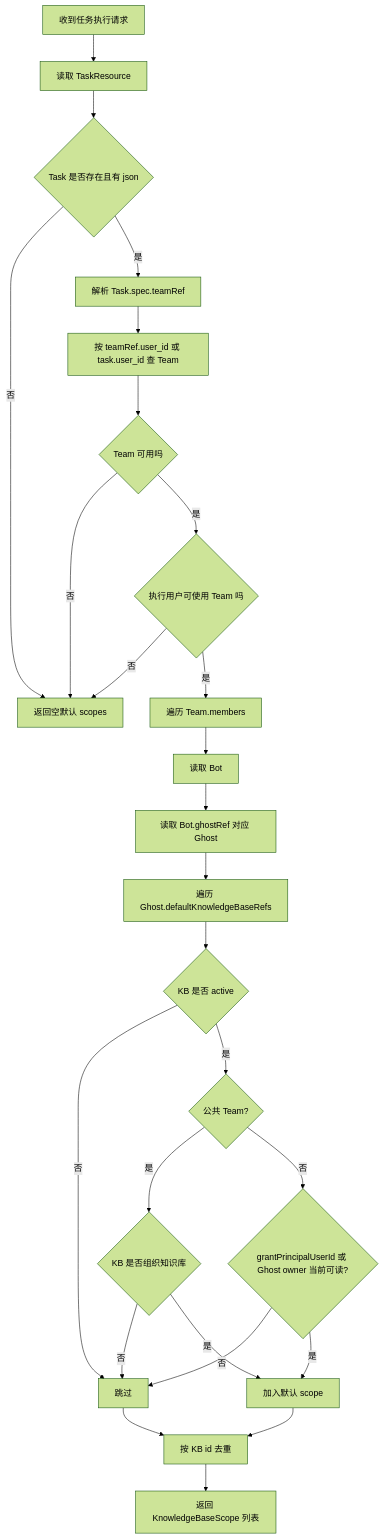
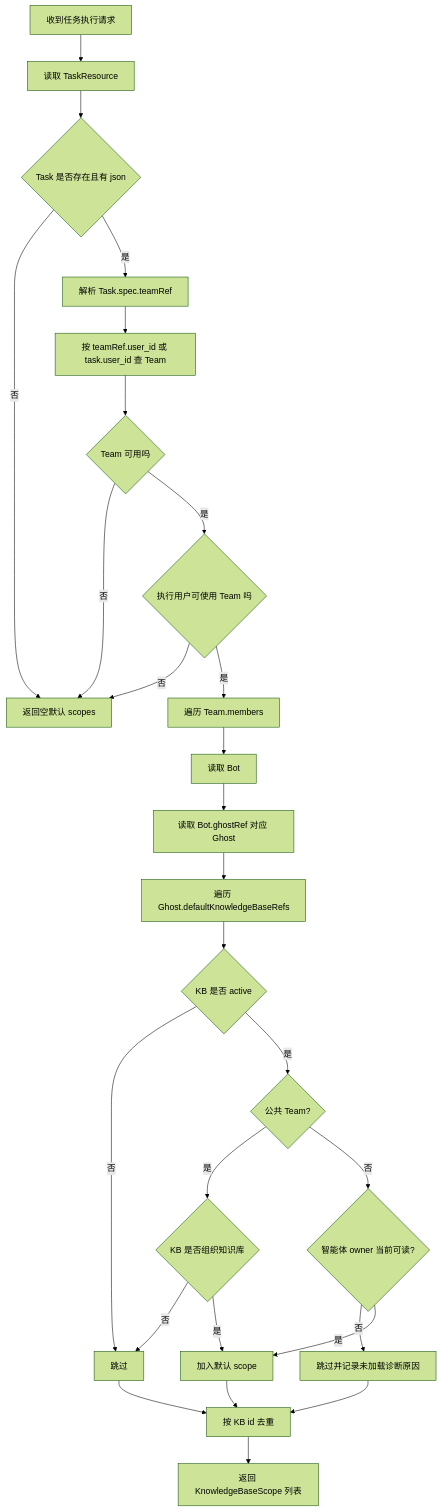
The first of 3 diagrams in docs/discussions/260625_1215_智能体默认知识库任务作用域权限实现设计.md (wecode-ai/Wegent), drawn with Mermaid (forest theme) before and after one commit. The commit also changed other lines of this file and 22 other files, not shown here.

````diff
--- a/docs/discussions/260625_1215_智能体默认知识库任务作用域权限实现设计.md
+++ b/docs/discussions/260625_1215_智能体默认知识库任务作用域权限实现设计.md
@@ -127,28 +145,29 @@
 ```mermaid
 flowchart TD
     A[收到任务执行请求] --> B[读取 TaskResource]
     B --> C{Task 是否存在且有 json}
     C -- 否 --> Z[返回空默认 scopes]
     C -- 是 --> D[解析 Task.spec.teamRef]
     D --> E[按 teamRef.user_id 或 task.user_id 查 Team]
     E --> F{Team 可用吗}
     F -- 否 --> Z
     F -- 是 --> G{执行用户可使用 Team 吗}
     G -- 否 --> Z
     G -- 是 --> H[遍历 Team.members]
     H --> I[读取 Bot]
     I --> J[读取 Bot.ghostRef 对应 Ghost]
     J --> K[遍历 Ghost.defaultKnowledgeBaseRefs]
     K --> L{KB 是否 active}
     L -- 否 --> N[跳过]
     L -- 是 --> M{公共 Team?}
     M -- 是 --> P{KB 是否组织知识库}
     P -- 否 --> N
     P -- 是 --> R[加入默认 scope]
-    M -- 否 --> Q{grantPrincipalUserId 或 Ghost owner 当前可读?}
-    Q -- 否 --> N
+    M -- 否 --> Q{智能体 owner 当前可读?}
+    Q -- 否 --> W[跳过并记录未加载诊断原因]
     Q -- 是 --> R
     R --> S[按 KB id 去重]
+    W --> S
     N --> S
     S --> T[返回 KnowledgeBaseScope 列表]
 ```
````
